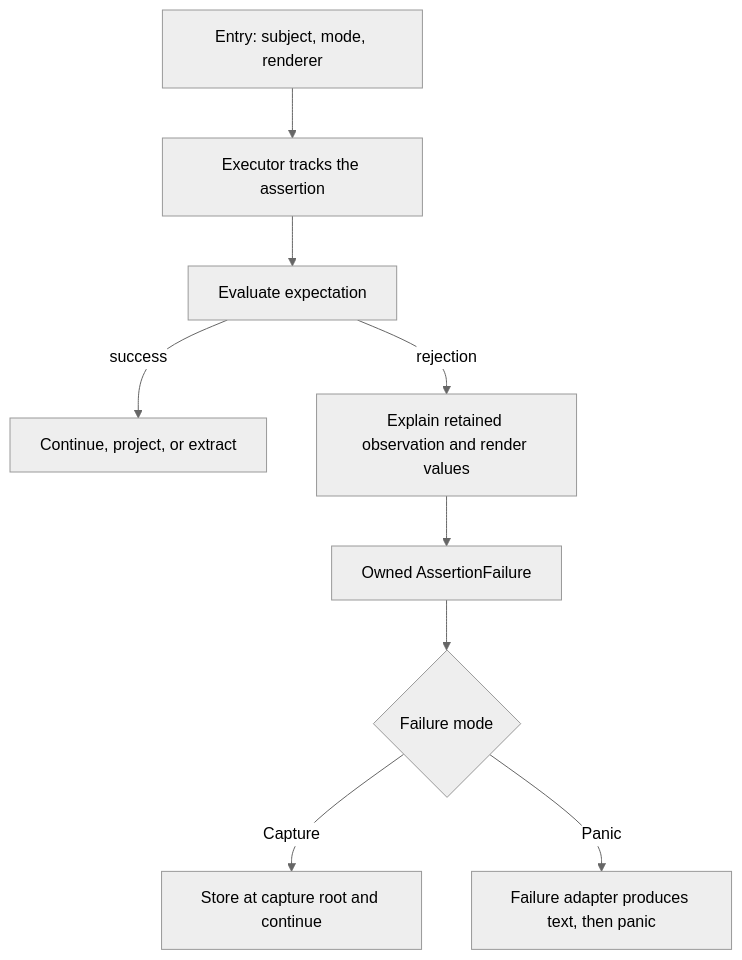
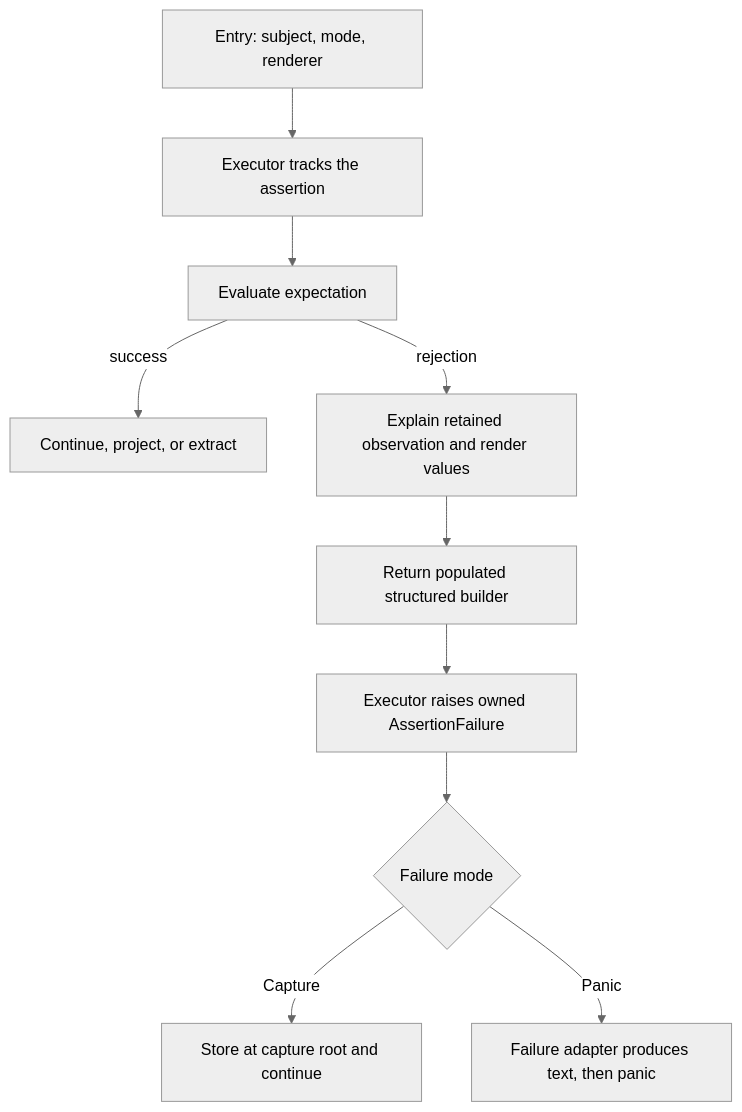
One commit to lpotthast/assertr changed the diagram in knowledge/README.md. Above: the diagram before and after it, drawn with Mermaid (neutral theme). The commit also changed other lines of this file and 93 other files, not shown here.

````diff
--- a/knowledge/README.md
+++ b/knowledge/README.md
@@ -29,11 +31,12 @@
 ```mermaid
 flowchart TD
     entry["Entry: subject, mode, renderer"] --> track["Executor tracks the assertion"]
     track --> evaluate["Evaluate expectation"]
     evaluate -->|success| continuation["Continue, project, or extract"]
     evaluate -->|rejection| explain["Explain retained observation and render values"]
-    explain --> failure["Owned AssertionFailure"]
+    explain --> builder["Return populated structured builder"]
+    builder --> failure["Executor raises owned AssertionFailure"]
     failure --> mode{"Failure mode"}
     mode -->|Capture| records["Store at capture root and continue"]
     mode -->|Panic| presentation["Failure adapter produces text, then panic"]
 ```
````
